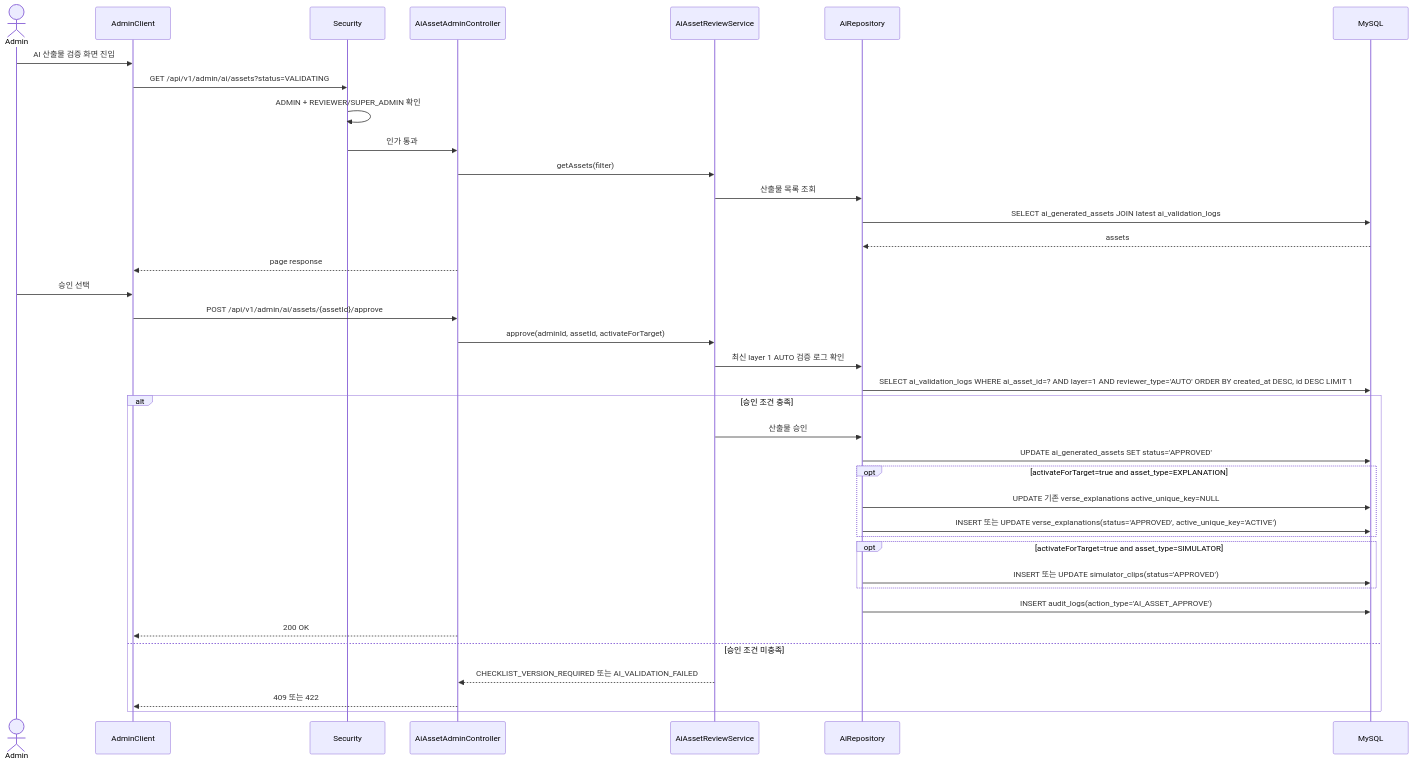
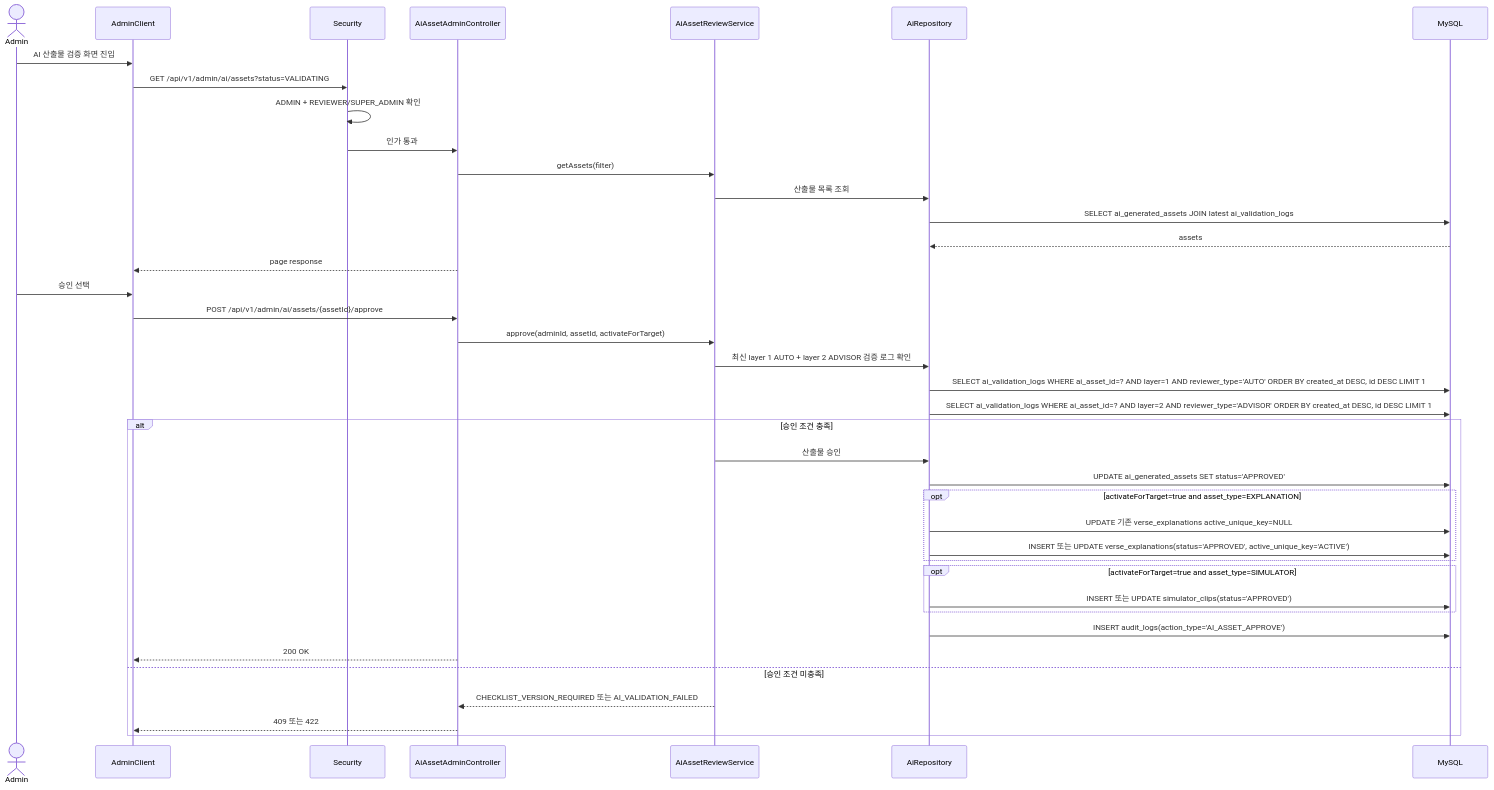
Diagram 21 of 26 in doc/프로젝트 문서/05_시퀀스_다이어그램.md (Tae0072/QT-AI-2nd-Team-Project), drawn with Mermaid before and after one commit. The commit also changed 13 other files, not shown here.

````diff
--- a/doc/프로젝트 문서/05_시퀀스_다이어그램.md
+++ b/doc/프로젝트 문서/05_시퀀스_다이어그램.md
@@ -927,41 +927,42 @@
 ```mermaid
 sequenceDiagram
     actor Admin as Admin
     participant AdminClient as AdminClient
     participant Security as Security
     participant AiAdminApi as AiAssetAdminController
     participant ReviewService as AiAssetReviewService
     participant Repo as AiRepository
     participant MySQL as MySQL
 
     Admin->>AdminClient: AI 산출물 검증 화면 진입
     AdminClient->>Security: GET /api/v1/admin/ai/assets?status=VALIDATING
     Security->>Security: ADMIN + REVIEWER/SUPER_ADMIN 확인
     Security->>AiAdminApi: 인가 통과
     AiAdminApi->>ReviewService: getAssets(filter)
     ReviewService->>Repo: 산출물 목록 조회
     Repo->>MySQL: SELECT ai_generated_assets JOIN latest ai_validation_logs
     MySQL-->>Repo: assets
     AiAdminApi-->>AdminClient: page response
     Admin->>AdminClient: 승인 선택
     AdminClient->>AiAdminApi: POST /api/v1/admin/ai/assets/{assetId}/approve
     AiAdminApi->>ReviewService: approve(adminId, assetId, activateForTarget)
-    ReviewService->>Repo: 최신 layer 1 AUTO 검증 로그 확인
+    ReviewService->>Repo: 최신 layer 1 AUTO + layer 2 ADVISOR 검증 로그 확인
     Repo->>MySQL: SELECT ai_validation_logs WHERE ai_asset_id=? AND layer=1 AND reviewer_type='AUTO' ORDER BY created_at DESC, id DESC LIMIT 1
+    Repo->>MySQL: SELECT ai_validation_logs WHERE ai_asset_id=? AND layer=2 AND reviewer_type='ADVISOR' ORDER BY created_at DESC, id DESC LIMIT 1
     alt 승인 조건 충족
         ReviewService->>Repo: 산출물 승인
         Repo->>MySQL: UPDATE ai_generated_assets SET status='APPROVED'
         opt activateForTarget=true and asset_type=EXPLANATION
             Repo->>MySQL: UPDATE 기존 verse_explanations active_unique_key=NULL
             Repo->>MySQL: INSERT 또는 UPDATE verse_explanations(status='APPROVED', active_unique_key='ACTIVE')
         end
         opt activateForTarget=true and asset_type=SIMULATOR
             Repo->>MySQL: INSERT 또는 UPDATE simulator_clips(status='APPROVED')
         end
         Repo->>MySQL: INSERT audit_logs(action_type='AI_ASSET_APPROVE')
         AiAdminApi-->>AdminClient: 200 OK
     else 승인 조건 미충족
         ReviewService-->>AiAdminApi: CHECKLIST_VERSION_REQUIRED 또는 AI_VALIDATION_FAILED
         AiAdminApi-->>AdminClient: 409 또는 422
     end
 ```
````
